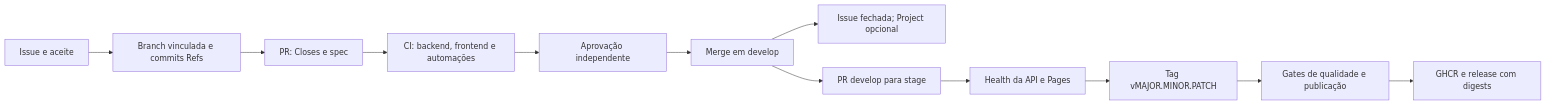
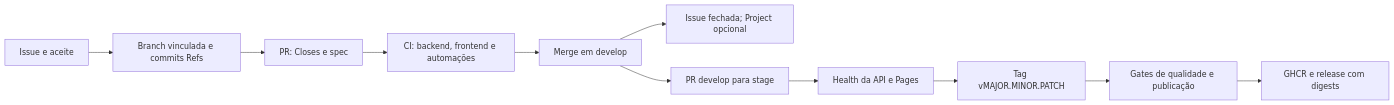
Before and after one commit to SamiaLuvanice/bestprice: the diagram in docs/github-workflow.md, drawn with Mermaid. The commit also changed other lines of this file and 4 other files, not shown here.

````diff
--- a/docs/github-workflow.md
+++ b/docs/github-workflow.md
@@ -5,14 +5,13 @@
 ```mermaid
 flowchart LR
   I[Issue e aceite] --> B[Branch vinculada e commits Refs]
   B --> R[PR: Closes e spec]
   R --> C[CI: backend, frontend e automações]
-  C --> A[Aprovação independente]
-  A --> D[Merge em develop]
+  C --> D[Merge em develop]
   D --> F[Issue fechada; Project opcional]
   D --> S[PR develop para stage]
   S --> H[Health da API e Pages]
   H --> T[Tag vMAJOR.MINOR.PATCH]
   T --> Q[Gates de qualidade e publicação]
   Q --> G[GHCR e release com digests]
 ```
````
